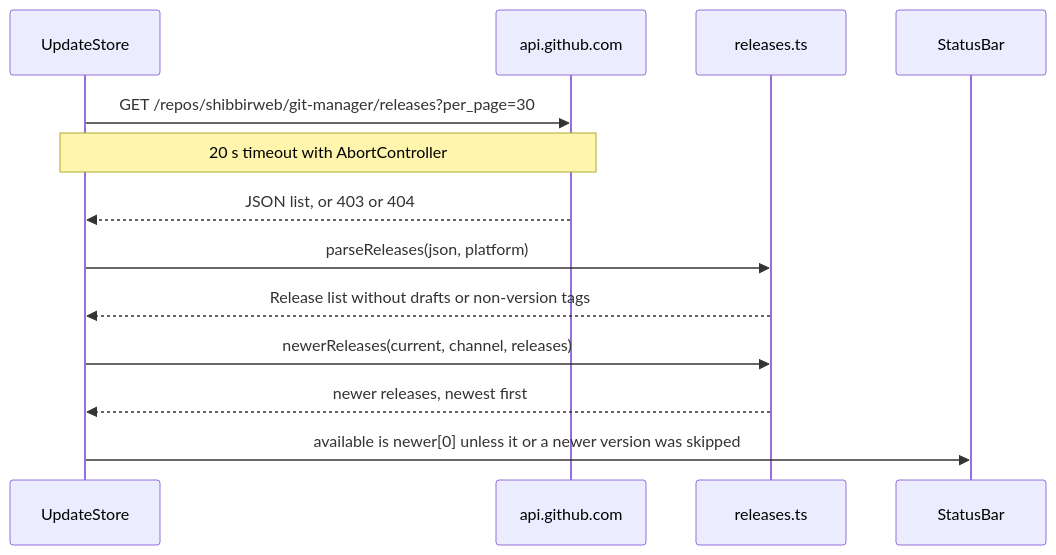
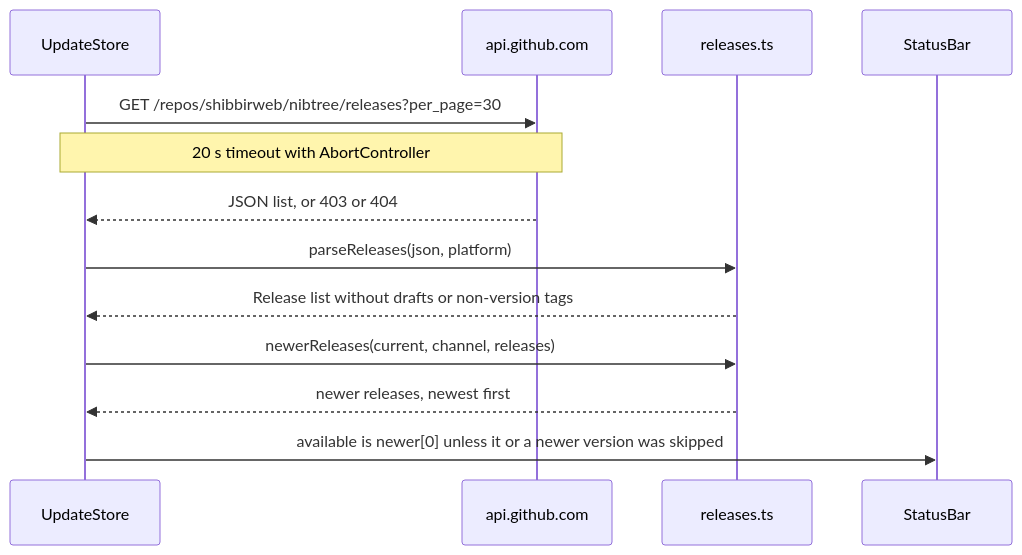
The second of 3 diagrams in docs/wiki/developer/How-Updates-Work.md (shibbirweb/git-manager), drawn with Mermaid before and after one commit. The commit also changed other lines of this file and 268 other files, not shown here.

Commit message:
feat:[GM-142] Git Manager is now Nibtree

````diff
--- a/docs/wiki/developer/How-Updates-Work.md
+++ b/docs/wiki/developer/How-Updates-Work.md
@@ -39,15 +39,15 @@
 ```mermaid
 sequenceDiagram
     participant U as UpdateStore
     participant GH as api.github.com
     participant R as releases.ts
     participant SB as StatusBar
-    U->>GH: GET /repos/shibbirweb/git-manager/releases?per_page=30
+    U->>GH: GET /repos/shibbirweb/nibtree/releases?per_page=30
     Note over U,GH: 20 s timeout with AbortController
     GH-->>U: JSON list, or 403 or 404
     U->>R: parseReleases(json, platform)
     R-->>U: Release list without drafts or non-version tags
     U->>R: newerReleases(current, channel, releases)
     R-->>U: newer releases, newest first
     U->>SB: available is newer[0] unless it or a newer version was skipped
 ```
````
